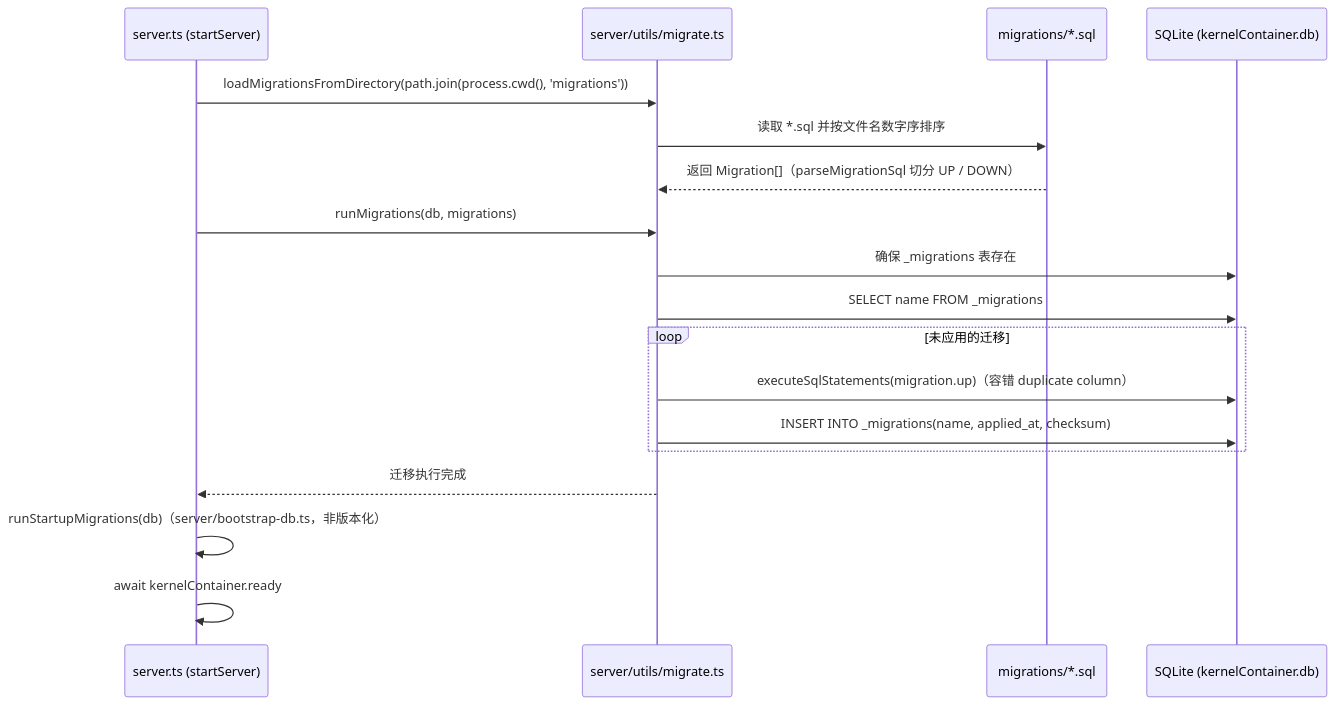
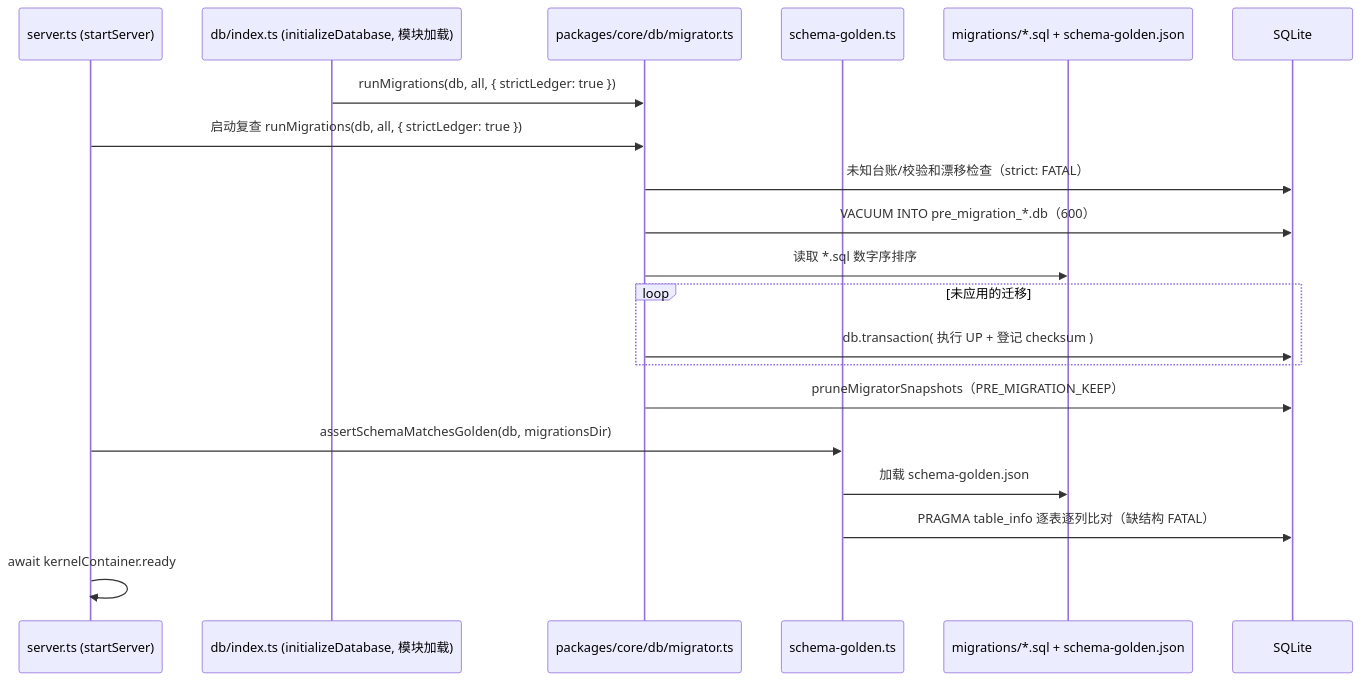
One commit to aymwoo/OpenLearn-Next-V2 changed the diagram in docs/architecture/database-and-migrations.md. Above: the diagram before and after it, drawn with Mermaid. The commit also changed other lines of this file and 5 other files, not shown here.

First line of the commit message:
docs(audit): 安全口径 4 处修正 + database-and-migrations 现状重写（P1 第二批） (#299)

````diff
--- a/docs/architecture/database-and-migrations.md
+++ b/docs/architecture/database-and-migrations.md
@@ -88,21 +83,23 @@
 ```mermaid
 sequenceDiagram
     participant Boot as server.ts (startServer)
-    participant Migrate as server/utils/migrate.ts
-    participant FS as migrations/*.sql
-    participant DB as SQLite (kernelContainer.db)
+    participant Kernel as db/index.ts (initializeDatabase, 模块加载)
+    participant Migrator as packages/core/db/migrator.ts
+    participant Golden as schema-golden.ts
+    participant FS as migrations/*.sql + schema-golden.json
+    participant DB as SQLite
 
-    Boot->>Migrate: loadMigrationsFromDirectory(path.join(process.cwd(), 'migrations'))
-    Migrate->>FS: 读取 *.sql 并按文件名数字序排序
-    FS-->>Migrate: 返回 Migration[]（parseMigrationSql 切分 UP / DOWN）
-    Boot->>Migrate: runMigrations(db, migrations)
-    Migrate->>DB: 确保 _migrations 表存在
-    Migrate->>DB: SELECT name FROM _migrations
+    Kernel->>Migrator: runMigrations(db, all, { strictLedger: true })
+    Boot->>Migrator: 启动复查 runMigrations(db, all, { strictLedger: true })
+    Migrator->>DB: 未知台账/校验和漂移检查（strict: FATAL）
+    Migrator->>DB: VACUUM INTO pre_migration_*.db（600）
+    Migrator->>FS: 读取 *.sql 数字序排序
     loop 未应用的迁移
-        Migrate->>DB: executeSqlStatements(migration.up)（容错 duplicate column）
-        Migrate->>DB: INSERT INTO _migrations(name, applied_at, checksum)
+        Migrator->>DB: db.transaction( 执行 UP + 登记 checksum )
     end
-    Migrate-->>Boot: 迁移执行完成
-    Boot->>Boot: runStartupMigrations(db)（server/bootstrap-db.ts，非版本化）
+    Migrator->>DB: pruneMigratorSnapshots（PRE_MIGRATION_KEEP）
+    Boot->>Golden: assertSchemaMatchesGolden(db, migrationsDir)
+    Golden->>FS: 加载 schema-golden.json
+    Golden->>DB: PRAGMA table_info 逐表逐列比对（缺结构 FATAL）
     Boot->>Boot: await kernelContainer.ready
 ```
````
